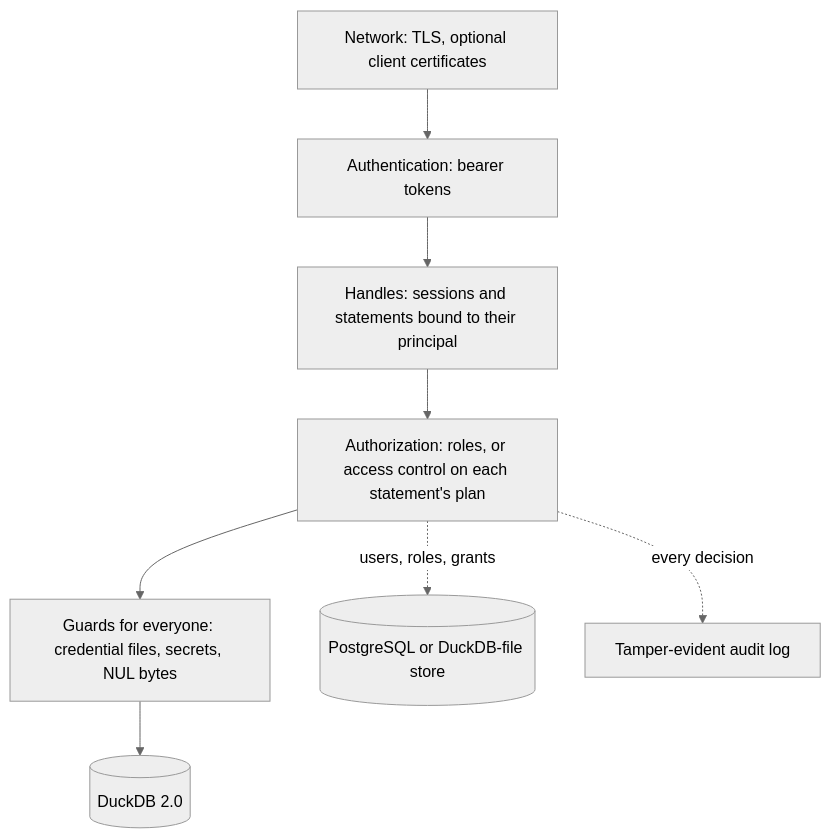
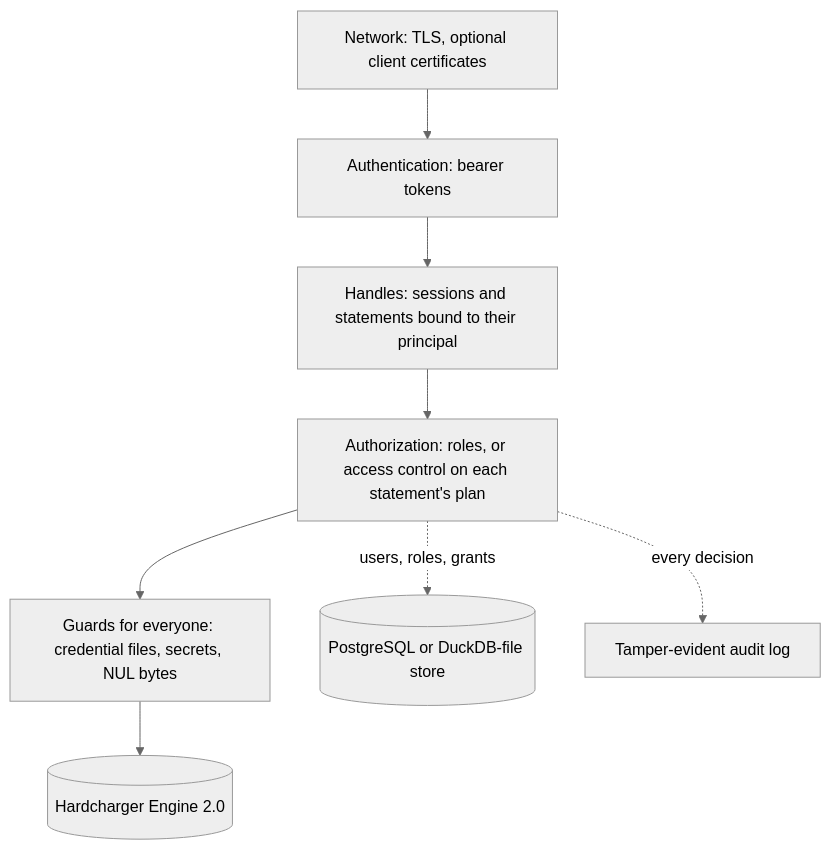
Before and after one commit to gizmodata/hardcharger-docs: the diagram in src/content/docs/concepts/security-model.mdx, drawn with Mermaid (neutral theme). The commit also changed other lines of this file and 11 other files, not shown here.

First line of the commit message:
Docs 2.14.0.post1: Hardcharger runs on Hardcharger Engine, GizmoData's fork of DuckDB

````diff
--- a/src/content/docs/concepts/security-model.mdx
+++ b/src/content/docs/concepts/security-model.mdx
@@ -14,10 +14,10 @@
 ```mermaid
 flowchart TB
   N[Network: TLS, optional client certificates] --> A[Authentication: bearer tokens]
   A --> H[Handles: sessions and statements bound to their principal]
   H --> Z[Authorization: roles, or access control on each statement's plan]
   Z --> G[Guards for everyone: credential files, secrets, NUL bytes]
-  G --> D[(DuckDB 2.0)]
+  G --> D[(Hardcharger Engine 2.0)]
   Z -. users, roles, grants .-> P[(PostgreSQL or DuckDB-file store)]
   Z -. every decision .-> L[Tamper-evident audit log]
 ```
````
